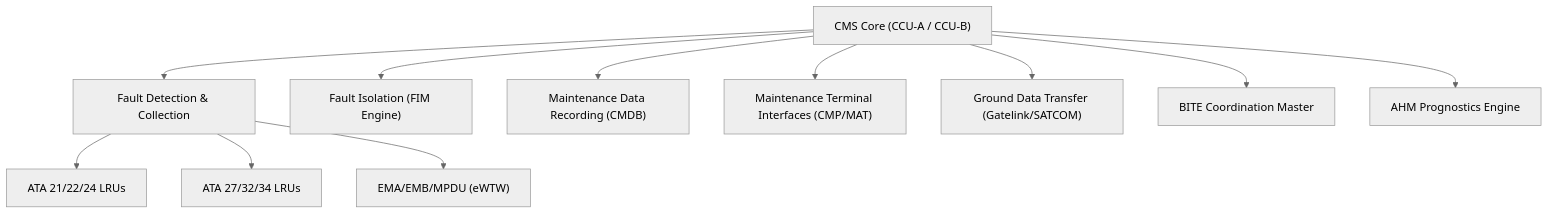
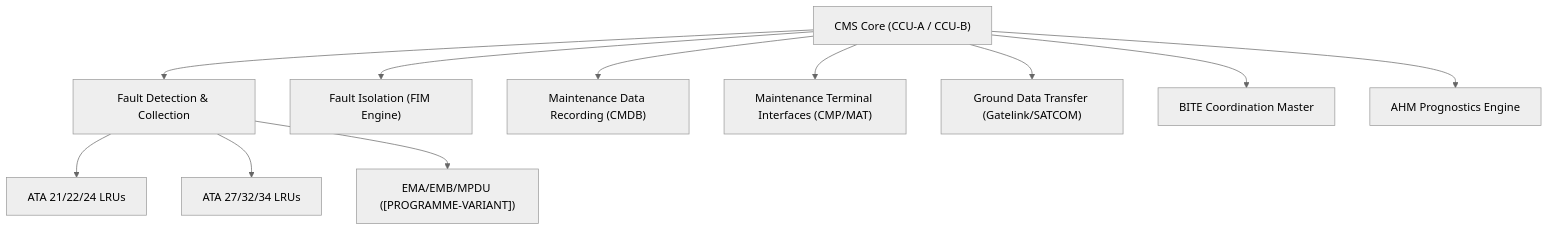
One commit to AmedeoPelliccia/Qplus-For-All-Queer-People-and-Quantum changed the first of 3 diagrams in Q+ATLANTIDE/000-099_ATLAS/040-049_Avionica-Informacion-y-APU/045_Central-Maintenance-System/045-000-Central-Maintenance-System-General.md. Above: the diagram before and after it, drawn with Mermaid (neutral theme). The commit also changed other lines of this file and 676 other files, not shown here.

First line of the commit message:
feat: de-programmatize all ATLAS standard files — remove AMPEL360E/eWTW programme content

````diff
--- a/Q+ATLANTIDE/000-099_ATLAS/040-049_Avionica-Informacion-y-APU/045_Central-Maintenance-System/045-000-Central-Maintenance-System-General.md
+++ b/Q+ATLANTIDE/000-099_ATLAS/040-049_Avionica-Informacion-y-APU/045_Central-Maintenance-System/045-000-Central-Maintenance-System-General.md
@@ -82,14 +84,14 @@
 ```mermaid
 graph TD
     CMS["CMS Core (CCU-A / CCU-B)"]
     CMS --> FD["Fault Detection & Collection"]
     CMS --> FI["Fault Isolation (FIM Engine)"]
     CMS --> MDR["Maintenance Data Recording (CMDB)"]
     CMS --> MTI["Maintenance Terminal Interfaces (CMP/MAT)"]
     CMS --> GDT["Ground Data Transfer (Gatelink/SATCOM)"]
     CMS --> BC["BITE Coordination Master"]
     CMS --> AHM["AHM Prognostics Engine"]
     FD --> LRU1["ATA 21/22/24 LRUs"]
     FD --> LRU2["ATA 27/32/34 LRUs"]
-    FD --> LRU3["EMA/EMB/MPDU (eWTW)"]
+    FD --> LRU3["EMA/EMB/MPDU ([PROGRAMME-VARIANT])"]
 ```
````
